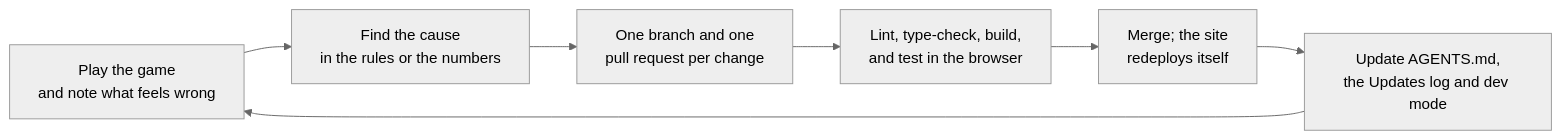
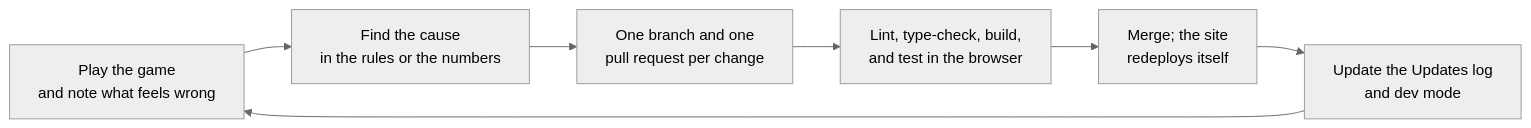
Before and after one commit to DaBabaBOI/emberline-game-actual: the diagram in docs/process.md, drawn with Mermaid (neutral theme). The commit also changed other lines of this file and 8 other files, not shown here.

Commit message:
Remove AGENTS.md (and the links to it); dev buttons for full stores and connections

````diff
--- a/docs/process.md
+++ b/docs/process.md
@@ -5,9 +5,9 @@
 ```mermaid
 flowchart LR
     A[Play the game<br/>and note what feels wrong] --> B[Find the cause<br/>in the rules or the numbers]
     B --> C[One branch and one<br/>pull request per change]
     C --> D[Lint, type-check, build,<br/>and test in the browser]
     D --> E[Merge; the site<br/>redeploys itself]
-    E --> F[Update AGENTS.md,<br/>the Updates log and dev mode]
+    E --> F[Update the Updates log<br/>and dev mode]
     F --> A
 ```
````
